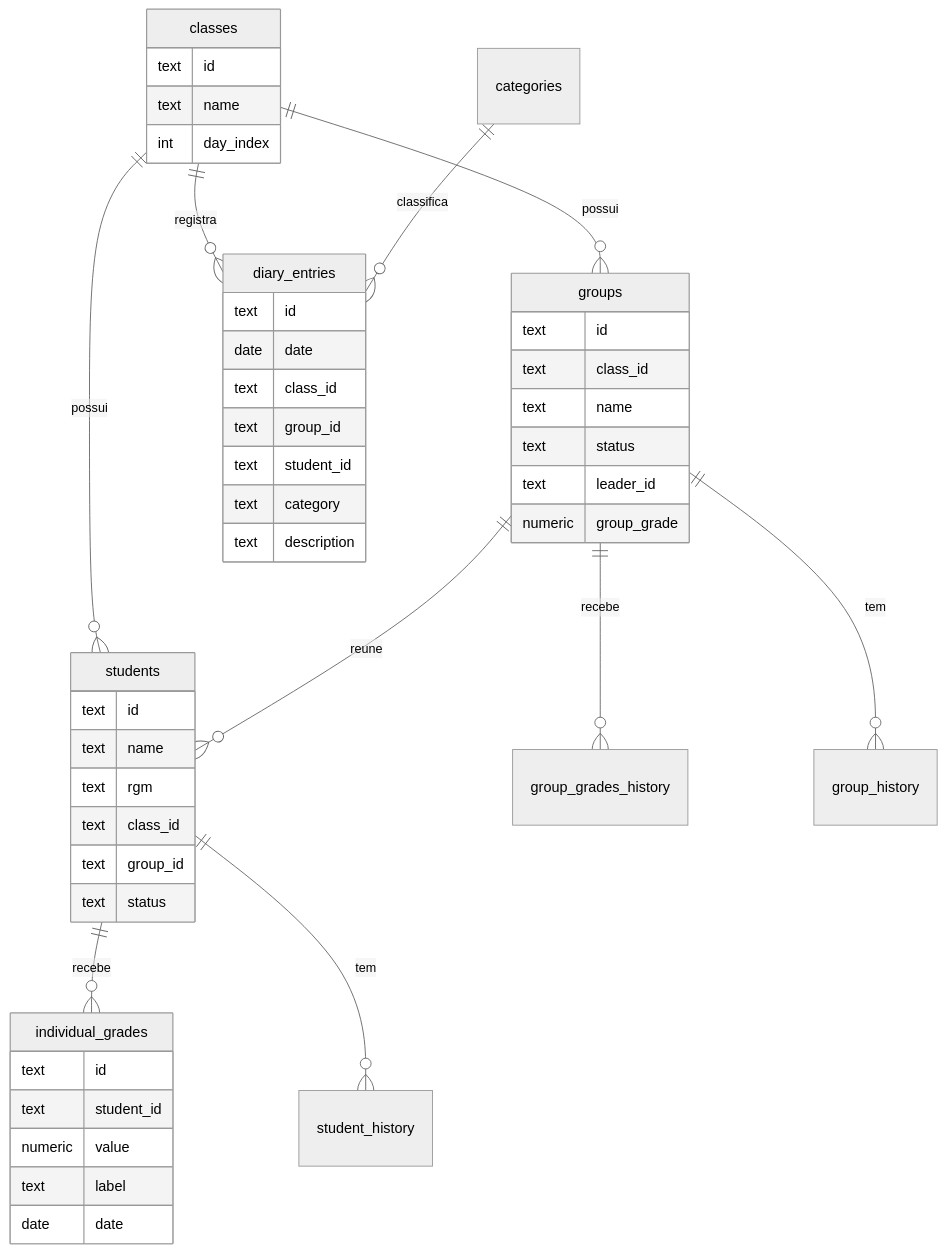
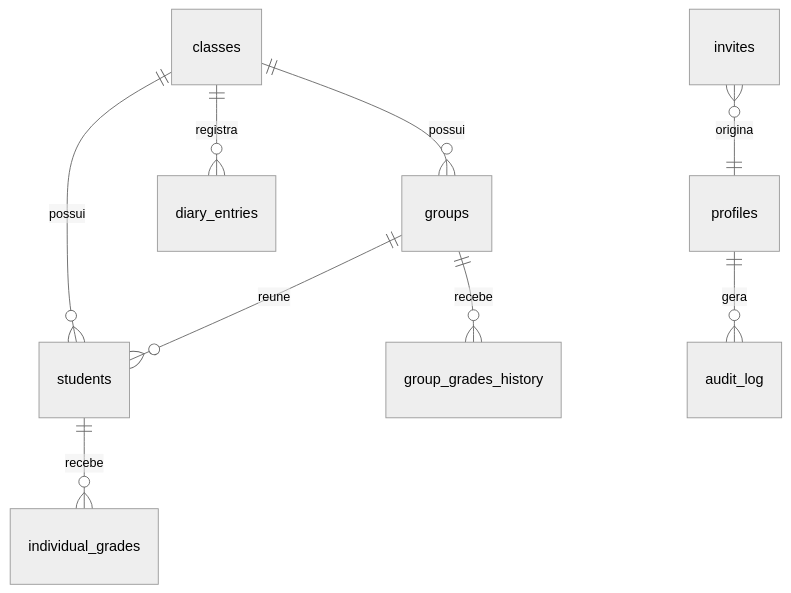
The second of 2 diagrams in README.md (callmekaue/class-management), drawn with Mermaid (neutral theme) before and after one commit. The commit also changed other lines of this file and 15 other files, not shown here.

````diff
--- a/README.md
+++ b/README.md
@@ -272,50 +237,11 @@
 ```mermaid
 erDiagram
     classes ||--o{ groups : possui
     classes ||--o{ students : possui
     groups ||--o{ students : reune
     students ||--o{ individual_grades : recebe
     groups ||--o{ group_grades_history : recebe
     classes ||--o{ diary_entries : registra
-    categories ||--o{ diary_entries : classifica
-    groups ||--o{ group_history : tem
-    students ||--o{ student_history : tem
-
-    classes {
-        text id
-        text name
-        int day_index
-    }
-    groups {
-        text id
-        text class_id
-        text name
-        text status
-        text leader_id
-        numeric group_grade
-    }
-    students {
-        text id
-        text name
-        text rgm
-        text class_id
-        text group_id
-        text status
-    }
-    individual_grades {
-        text id
-        text student_id
-        numeric value
-        text label
-        date date
-    }
-    diary_entries {
-        text id
-        date date
-        text class_id
-        text group_id
-        text student_id
-        text category
-        text description
-    }
+    profiles ||--o{ audit_log : gera
+    invites }o--|| profiles : origina
 ```
````
